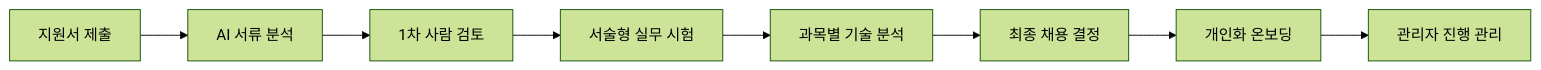
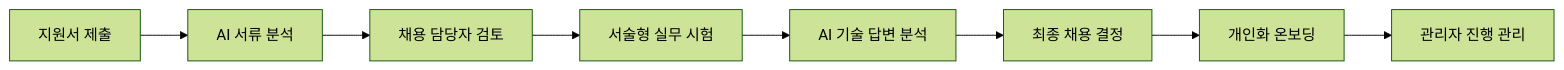
Before and after one commit to innon0842/Relay_AI: the first of 3 diagrams in README.md, drawn with Mermaid (forest theme). The commit also changed other lines of this file, not shown here.

````diff
--- a/README.md
+++ b/README.md
@@ -27,10 +52,10 @@
 ```mermaid
 flowchart LR
     A[지원서 제출] --> B[AI 서류 분석]
-    B --> C[1차 사람 검토]
+    B --> C[채용 담당자 검토]
     C --> D[서술형 실무 시험]
-    D --> E[과목별 기술 분석]
+    D --> E[AI 기술 답변 분석]
     E --> F[최종 채용 결정]
     F --> G[개인화 온보딩]
     G --> H[관리자 진행 관리]
 ```
````
